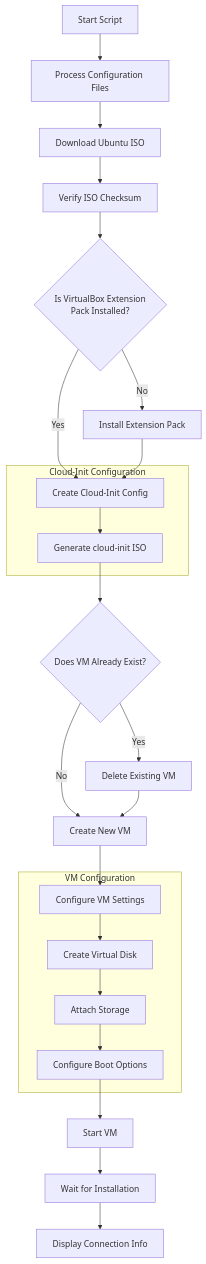
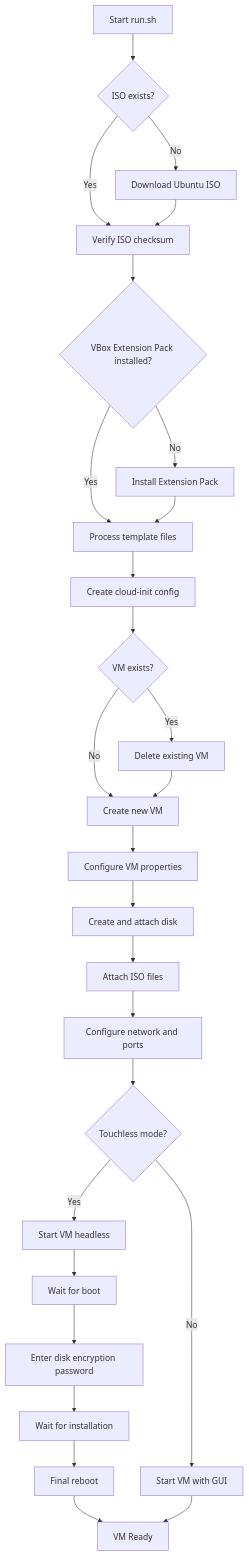
The diagram in README.md (blik616287/intune_autoinstall), drawn with Mermaid before and after one commit. The commit also changed other lines of this file and 2 other files, not shown here.

````diff
--- a/README.md
+++ b/README.md
@@ -37,34 +89,29 @@
 ```mermaid
 flowchart TD
-    A[Start Script] --> B[Process Configuration Files]
-    B --> C[Download Ubuntu ISO]
-    C --> D[Verify ISO Checksum]
-    D --> E{Is VirtualBox Extension<br>Pack Installed?}
+    A[Start run.sh] --> B{ISO exists?}
+    B -->|No| C[Download Ubuntu ISO]
+    B -->|Yes| D[Verify ISO checksum]
+    C --> D
+    D --> E{VBox Extension Pack installed?}
     E -->|No| F[Install Extension Pack]
-    E -->|Yes| G[Create Cloud-Init Config]
+    E -->|Yes| G[Process template files]
     F --> G
-    G --> H[Generate cloud-init ISO]
-    H --> I{Does VM Already Exist?}
-    I -->|Yes| J[Delete Existing VM]
-    I -->|No| K[Create New VM]
+    G --> H[Create cloud-init config]
+    H --> I{VM exists?}
+    I -->|Yes| J[Delete existing VM]
+    I -->|No| K[Create new VM]
     J --> K
-    K --> L[Configure VM Settings]
-    L --> M[Create Virtual Disk]
-    M --> N[Attach Storage]
-    N --> O[Configure Boot Options]
-    O --> P[Start VM]
-    P --> Q[Wait for Installation]
-    Q --> R[Display Connection Info]
-    
-    subgraph "VM Configuration"
-    L
-    M
-    N
-    O
-    end
-    
-    subgraph "Cloud-Init Configuration"
-    G
-    H
-    end
+    K --> L[Configure VM properties]
+    L --> M[Create and attach disk]
+    M --> N[Attach ISO files]
+    N --> O[Configure network and ports]
+    O --> P{Touchless mode?}
+    P -->|Yes| Q[Start VM headless]
+    P -->|No| R[Start VM with GUI]
+    Q --> S[Wait for boot]
+    S --> T[Enter disk encryption password]
+    T --> U[Wait for installation]
+    U --> V[Final reboot]
+    V --> W[VM Ready]
+    R --> W
 ```
````
